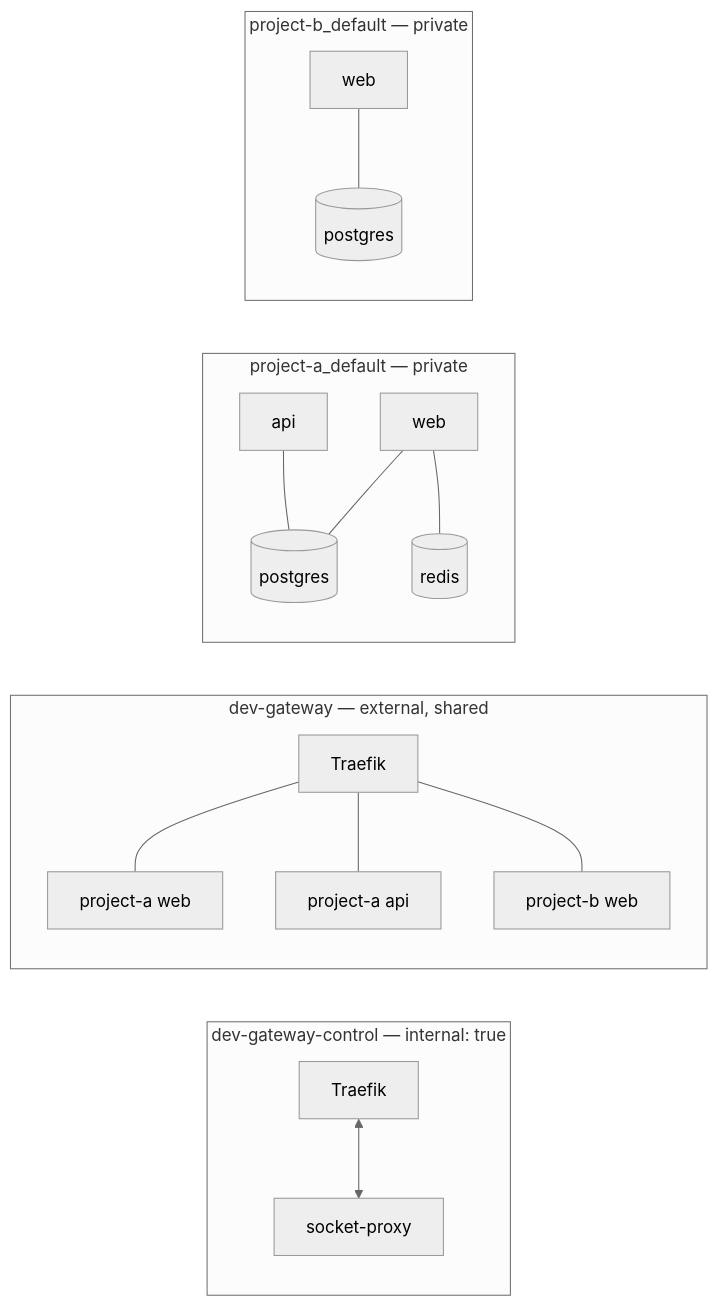
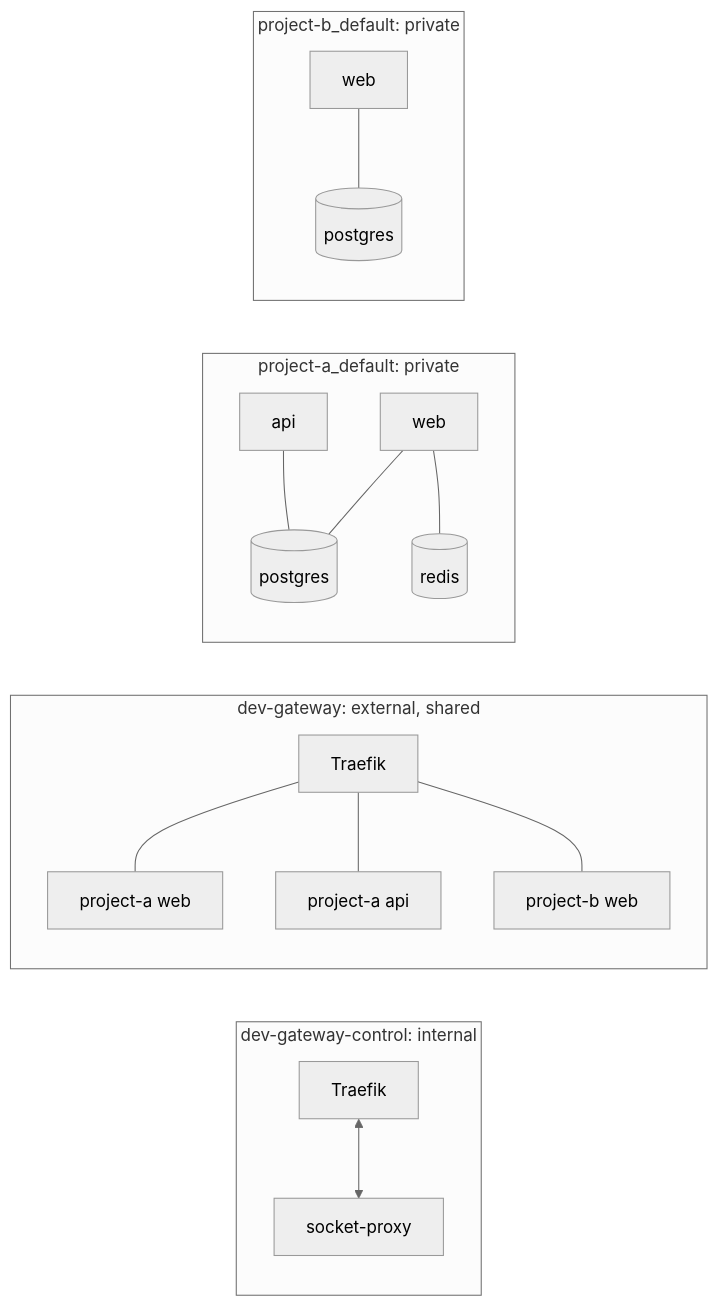
Before and after one commit to fabioassuncao/dev-gateway: the diagram in docs/architecture.md, drawn with Mermaid (neutral theme). The commit also changed other lines of this file and 83 other files, not shown here.

````diff
--- a/docs/architecture.md
+++ b/docs/architecture.md
@@ -26,17 +26,17 @@
 ```mermaid
 flowchart LR
-    subgraph ctrl [dev-gateway-control — internal: true]
+    subgraph ctrl [dev-gateway-control: internal]
         T[Traefik] <--> P[socket-proxy]
     end
-    subgraph shared [dev-gateway — external, shared]
+    subgraph shared [dev-gateway: external, shared]
         T2[Traefik] --- W1[project-a web] & A1[project-a api] & W2[project-b web]
     end
-    subgraph priv_a [project-a_default — private]
+    subgraph priv_a [project-a_default: private]
         W1b[web] --- DB1[(postgres)]
         A1b[api] --- DB1
         W1b --- R1[(redis)]
     end
-    subgraph priv_b [project-b_default — private]
+    subgraph priv_b [project-b_default: private]
         W2b[web] --- DB2[(postgres)]
     end
 ```
````
